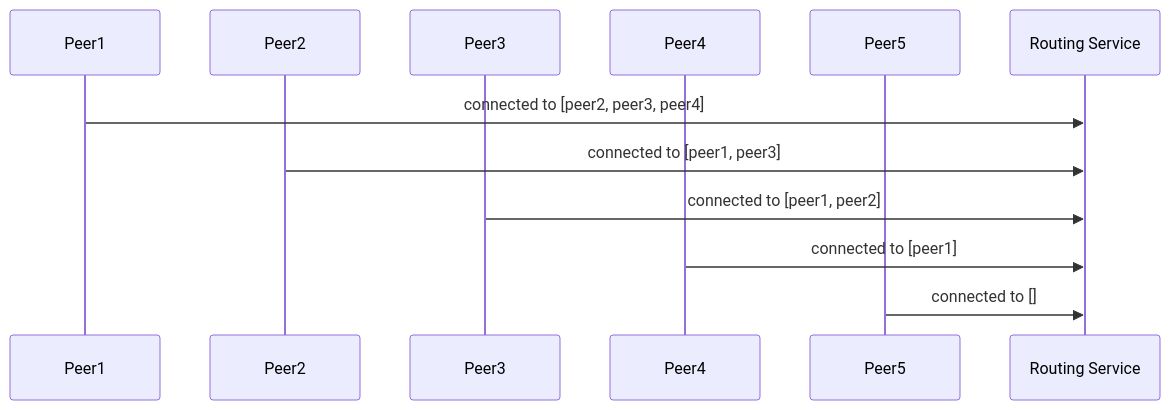
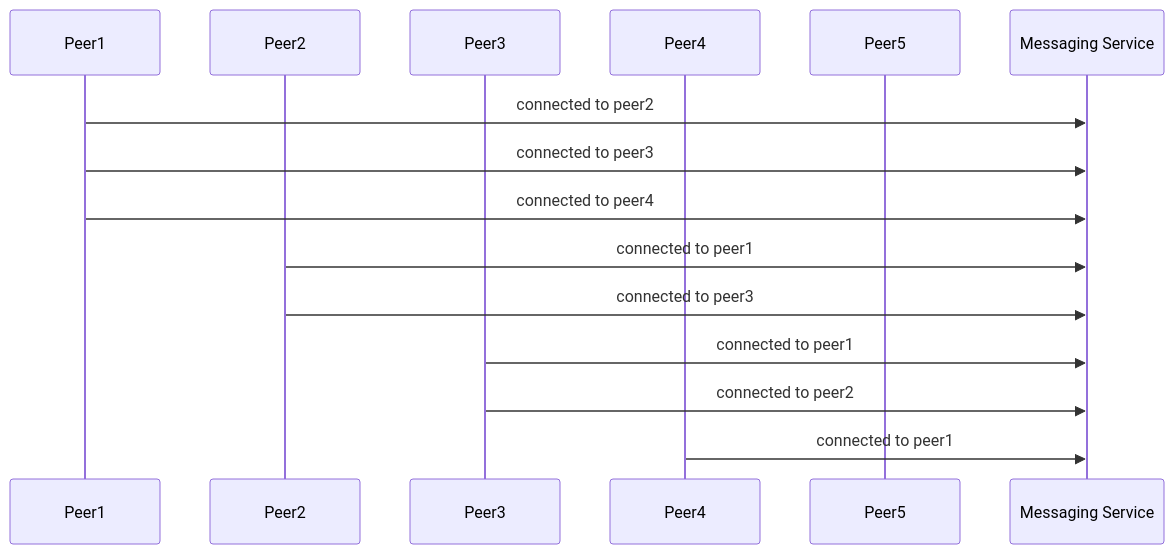
One commit to decentraland/adr changed the third of 13 diagrams in content/ADR-114-p2p-adapter.md. Above: the diagram before and after it, drawn with Mermaid. The commit also changed other lines of this file, not shown here.

````diff
--- a/content/ADR-114-p2p-adapter.md
+++ b/content/ADR-114-p2p-adapter.md
@@ -77,15 +94,18 @@
 ```mermaid
 sequenceDiagram
     participant Peer1
     participant Peer2
     participant Peer3
     participant Peer4
     participant Peer5
-    participant RS as Routing Service
+    participant TS as Messaging Service
 
-    Peer1->>RS: connected to [peer2, peer3, peer4]
-    Peer2->>RS: connected to [peer1, peer3]
-    Peer3->>RS: connected to [peer1, peer2]
-    Peer4->>RS: connected to [peer1]
-    Peer5->>RS: connected to []
+    Peer1->>TS: connected to peer2
+    Peer1->>TS: connected to peer3
+    Peer1->>TS: connected to peer4
+    Peer2->>TS: connected to peer1
+    Peer2->>TS: connected to peer3
+    Peer3->>TS: connected to peer1
+    Peer3->>TS: connected to peer2
+    Peer4->>TS: connected to peer1
 ```
````
